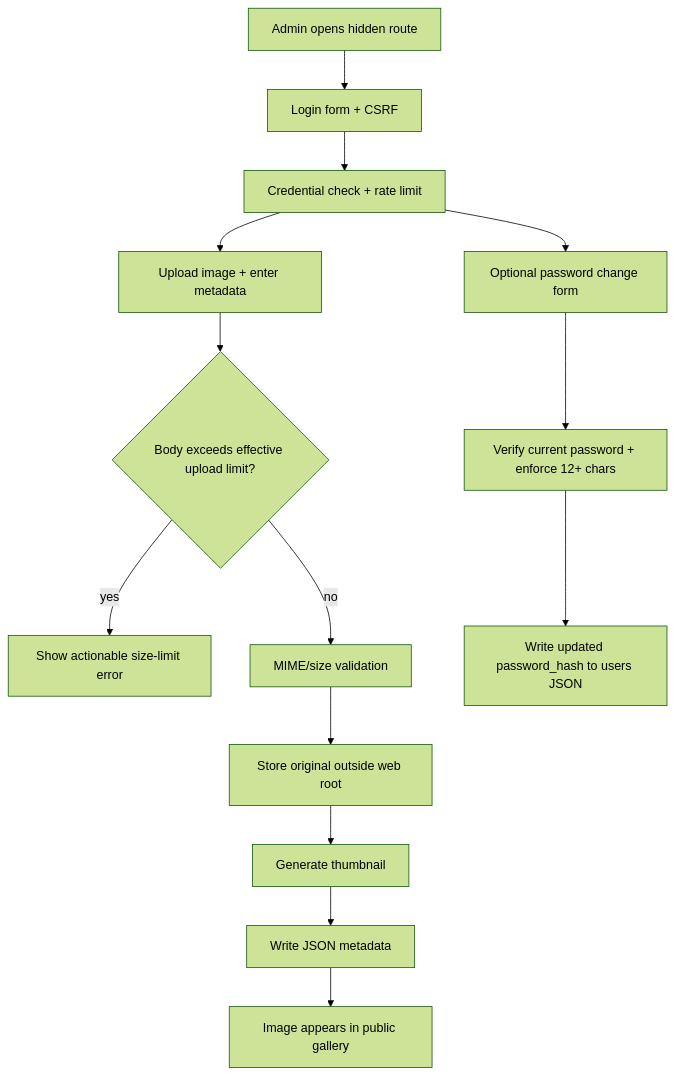
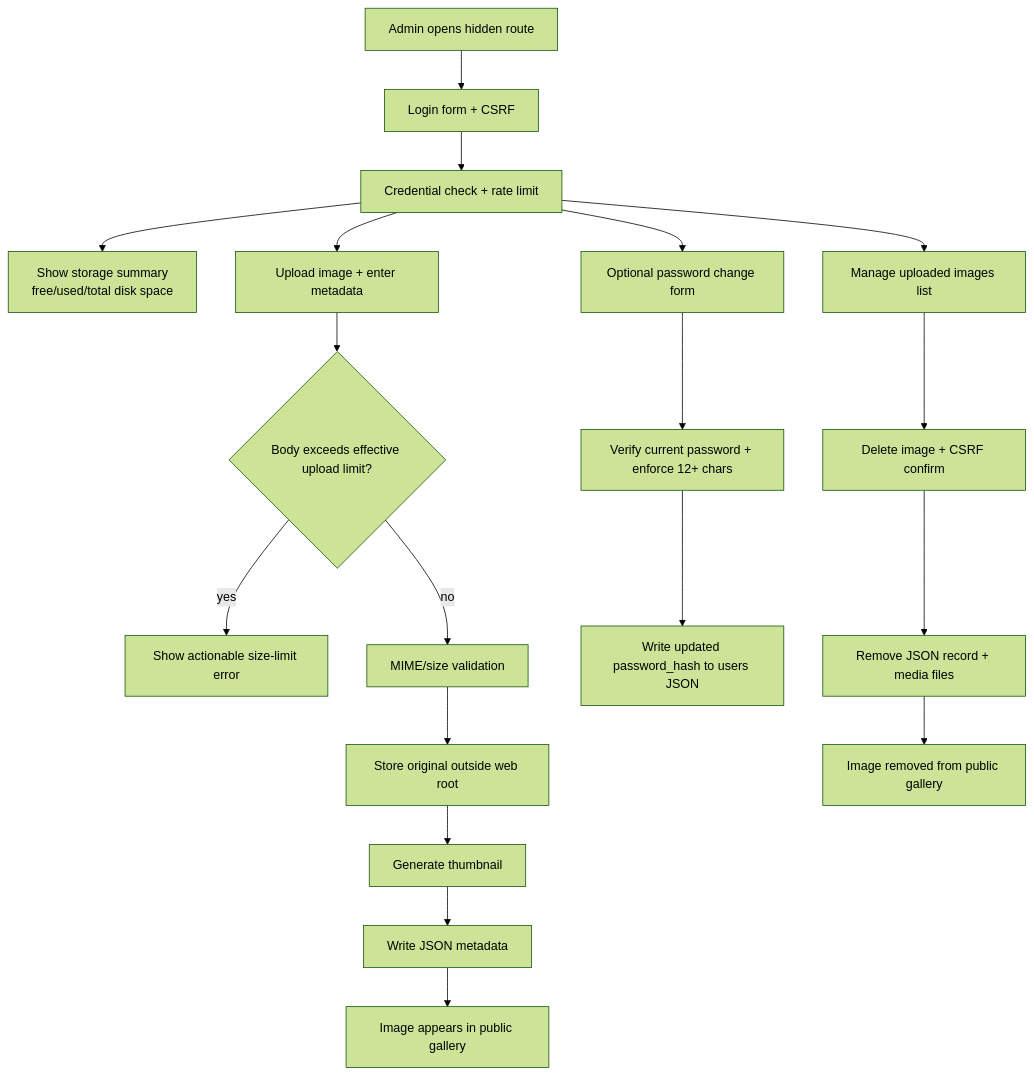
The second of 3 diagrams in README.md (smeird/images), drawn with Mermaid (forest theme) before and after one commit. The commit also changed other lines of this file and 5 other files, not shown here.

First line of the commit message:
Add admin image deletion and storage visibility

````diff
--- a/README.md
+++ b/README.md
@@ -137,16 +137,22 @@
 ```mermaid
 flowchart TD
   A[Admin opens hidden route] --> B[Login form + CSRF]
   B --> C[Credential check + rate limit]
+  C --> S[Show storage summary
+free/used/total disk space]
   C --> D[Upload image + enter metadata]
   D --> M{Body exceeds effective upload limit?}
   M -- yes --> N[Show actionable size-limit error]
   M -- no --> E[MIME/size validation]
   C --> J[Optional password change form]
   J --> K[Verify current password + enforce 12+ chars]
   K --> L[Write updated password_hash to users JSON]
+  C --> O[Manage uploaded images list]
+  O --> P[Delete image + CSRF confirm]
+  P --> Q[Remove JSON record + media files]
+  Q --> R[Image removed from public gallery]
   E --> F[Store original outside web root]
   F --> G[Generate thumbnail]
   G --> H[Write JSON metadata]
   H --> I[Image appears in public gallery]
 ```
````
